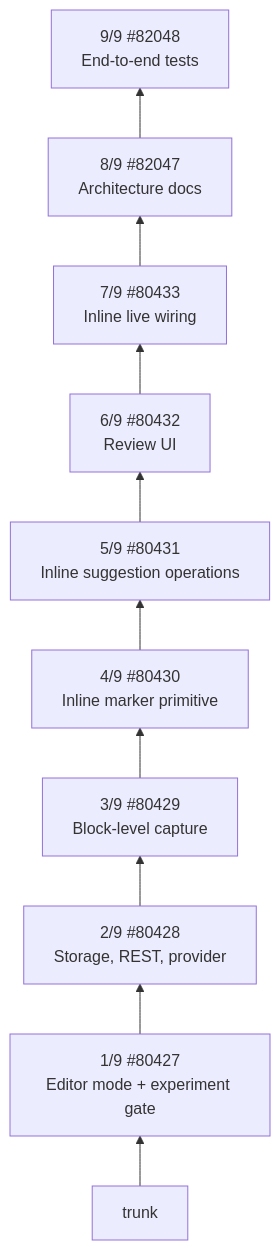
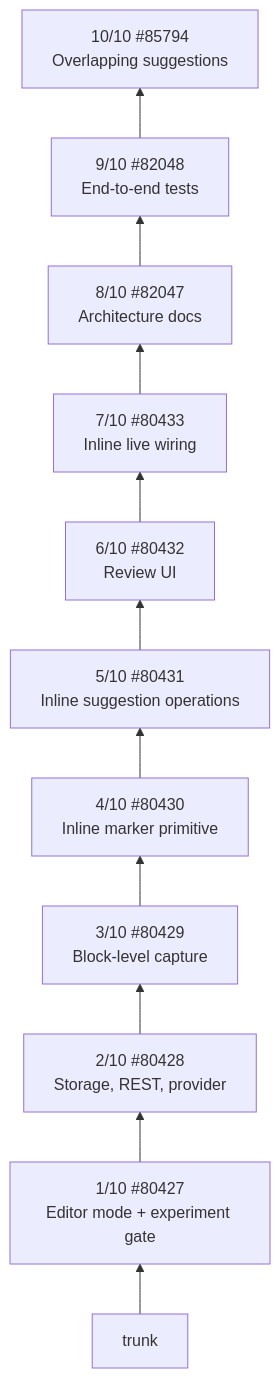
Before and after one commit to WordPress/gutenberg: the second of 8 diagrams in docs/explanations/architecture/suggestions-overview.md, drawn with Mermaid. The commit also changed other lines of this file and 1 other file, not shown here.

Commit message:
Suggestion mode docs: Describe overlapping suggestions
The overlap layer now sits below the docs, so the architecture docs
cover stacked markers, formatting deltas and block-level overlaps.

Claude-Session: https://claude.ai/code/session_018vwYjThZWj6b6d3BwR27T2

````diff
--- a/docs/explanations/architecture/suggestions-overview.md
+++ b/docs/explanations/architecture/suggestions-overview.md
@@ -83,14 +83,15 @@
 ```mermaid
 flowchart BT
     T["trunk"]
-    P1["1/9 #80427<br/>Editor mode + experiment gate"]
-    P2["2/9 #80428<br/>Storage, REST, provider"]
-    P3["3/9 #80429<br/>Block-level capture"]
-    P4["4/9 #80430<br/>Inline marker primitive"]
-    P5["5/9 #80431<br/>Inline suggestion operations"]
-    P6["6/9 #80432<br/>Review UI"]
-    P7["7/9 #80433<br/>Inline live wiring"]
-    P8["8/9 #82047<br/>Architecture docs"]
-    P9["9/9 #82048<br/>End-to-end tests"]
-    T --> P1 --> P2 --> P3 --> P4 --> P5 --> P6 --> P7 --> P8 --> P9
+    P1["1/10 #80427<br/>Editor mode + experiment gate"]
+    P2["2/10 #80428<br/>Storage, REST, provider"]
+    P3["3/10 #80429<br/>Block-level capture"]
+    P4["4/10 #80430<br/>Inline marker primitive"]
+    P5["5/10 #80431<br/>Inline suggestion operations"]
+    P6["6/10 #80432<br/>Review UI"]
+    P7["7/10 #80433<br/>Inline live wiring"]
+    P8["8/10 #82047<br/>Architecture docs"]
+    P9["9/10 #82048<br/>End-to-end tests"]
+    P10["10/10 #85794<br/>Overlapping suggestions"]
+    T --> P1 --> P2 --> P3 --> P4 --> P5 --> P6 --> P7 --> P8 --> P9 --> P10
 ```
````
